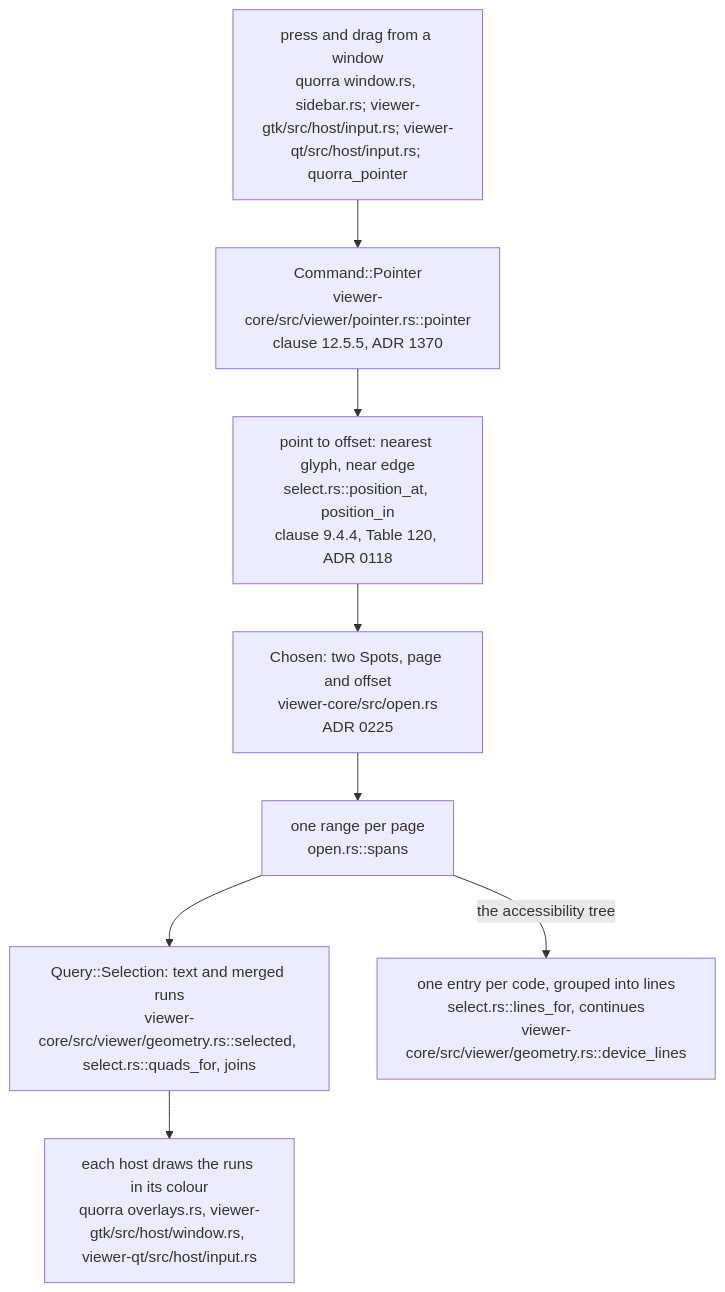
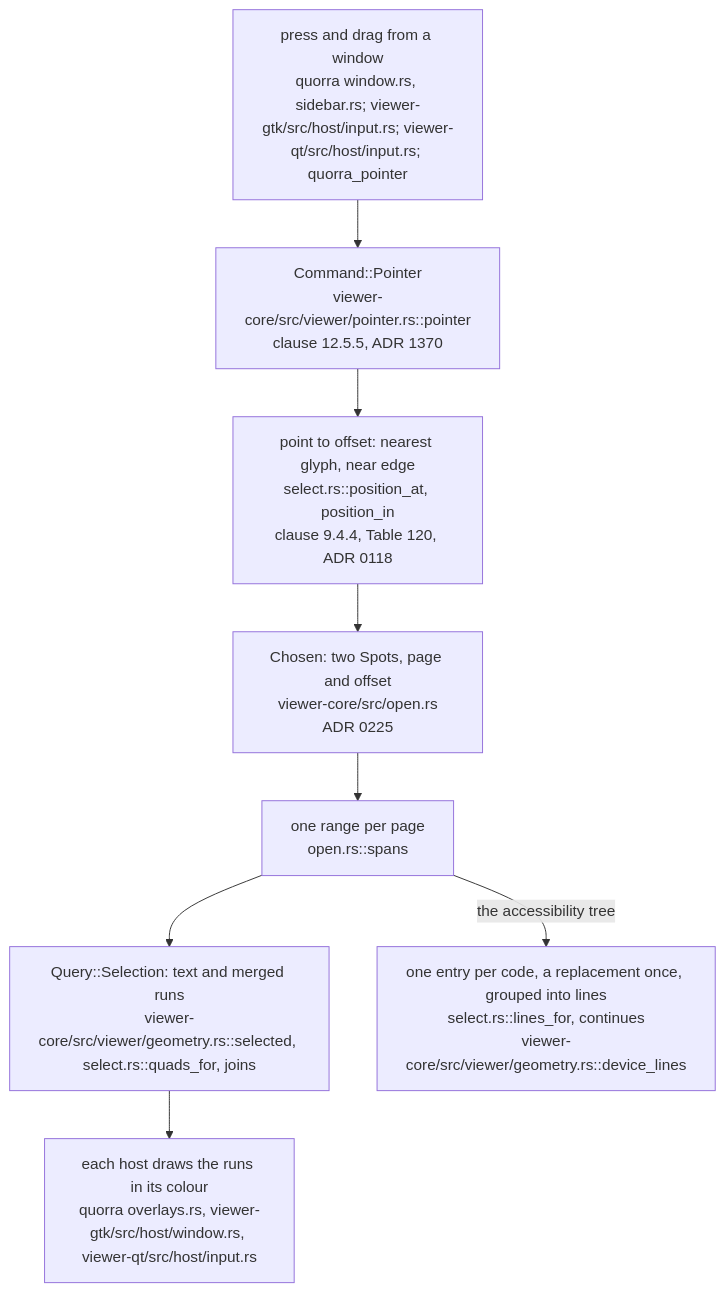
The fourth of 6 diagrams in doc/teaching/how-text-is-selected-and-copied.md (close2/pdf-viewer), drawn with Mermaid before and after one commit. The commit also changed other lines of this file and 155 other files, not shown here.

````diff
--- a/doc/teaching/how-text-is-selected-and-copied.md
+++ b/doc/teaching/how-text-is-selected-and-copied.md
@@ -340,19 +342,19 @@
 ```mermaid
 flowchart TD
     HOSTS["press and drag from a window<br/>quorra window.rs, sidebar.rs; viewer-gtk/src/host/input.rs; viewer-qt/src/host/input.rs; quorra_pointer"]
     POINTER["Command::Pointer<br/>viewer-core/src/viewer/pointer.rs::pointer<br/>clause 12.5.5, ADR 1370"]
     AT["point to offset: nearest glyph, near edge<br/>select.rs::position_at, position_in<br/>clause 9.4.4, Table 120, ADR 0118"]
     CHOSEN["Chosen: two Spots, page and offset<br/>viewer-core/src/open.rs<br/>ADR 0225"]
     SPANS["one range per page<br/>open.rs::spans"]
     SEL["Query::Selection: text and merged runs<br/>viewer-core/src/viewer/geometry.rs::selected, select.rs::quads_for, joins"]
     DRAW["each host draws the runs in its colour<br/>quorra overlays.rs, viewer-gtk/src/host/window.rs, viewer-qt/src/host/input.rs"]
-    CARET["one entry per code, grouped into lines<br/>select.rs::lines_for, continues<br/>viewer-core/src/viewer/geometry.rs::device_lines"]
+    CARET["one entry per code, a replacement once, grouped into lines<br/>select.rs::lines_for, continues<br/>viewer-core/src/viewer/geometry.rs::device_lines"]
 
     HOSTS --> POINTER
     POINTER --> AT
     AT --> CHOSEN
     CHOSEN --> SPANS
     SPANS --> SEL
     SEL --> DRAW
     SPANS -->|"the accessibility tree"| CARET
 ```
````
